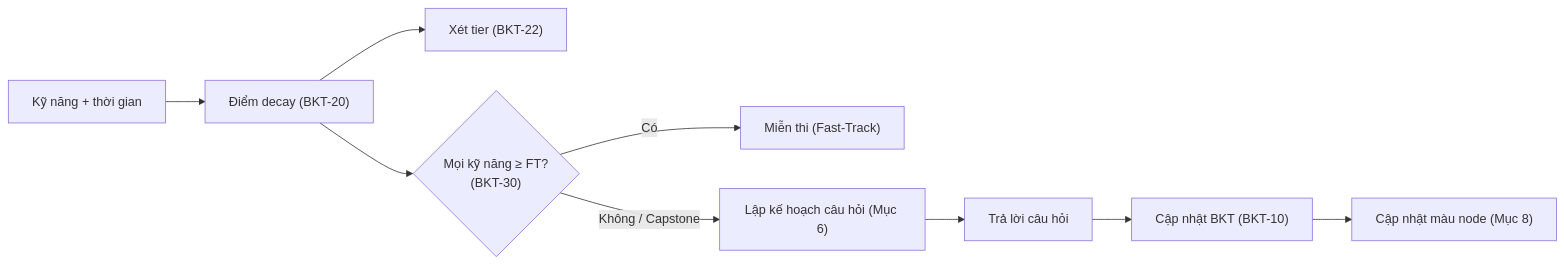
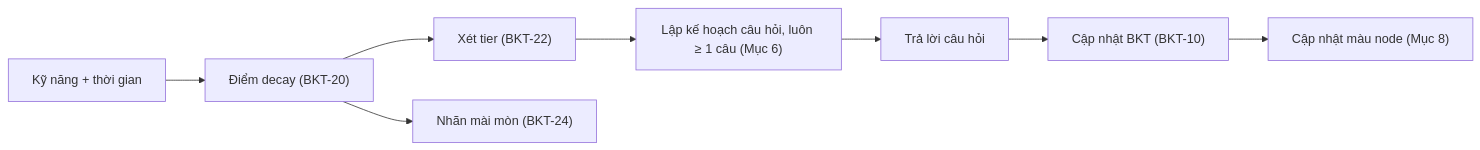
One commit to huynhthanhnhannnh-pixel/Hackathon_SGU changed the first of 2 diagrams in spec/22_BKT_VA_KE_HOACH_CAU_HOI.md. Above: the diagram before and after it, drawn with Mermaid. The commit also changed other lines of this file and 5 other files, not shown here.

````diff
--- a/spec/22_BKT_VA_KE_HOACH_CAU_HOI.md
+++ b/spec/22_BKT_VA_KE_HOACH_CAU_HOI.md
@@ -16,11 +16,10 @@
 ```mermaid
 flowchart LR
   SKILL["Kỹ năng + thời gian"] --> DEC["Điểm decay (BKT-20)"]
   DEC --> TIER["Xét tier (BKT-22)"]
-  DEC --> FT{"Mọi kỹ năng ≥ FT?<br/>(BKT-30)"}
-  FT -- "Có" --> PASS["Miễn thi (Fast-Track)"]
-  FT -- "Không / Capstone" --> PLAN["Lập kế hoạch câu hỏi (Mục 6)"]
+  DEC --> MM["Nhãn mài mòn (BKT-24)"]
+  TIER --> PLAN["Lập kế hoạch câu hỏi, luôn ≥ 1 câu (Mục 6)"]
   PLAN --> ANS["Trả lời câu hỏi"]
   ANS --> UPD["Cập nhật BKT (BKT-10)"]
   UPD --> STAT["Cập nhật màu node (Mục 8)"]
 ```
````
